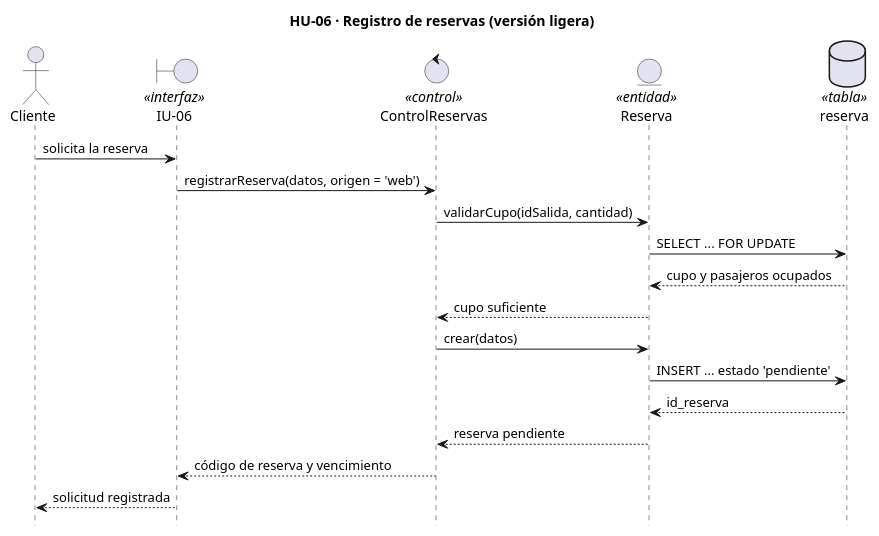
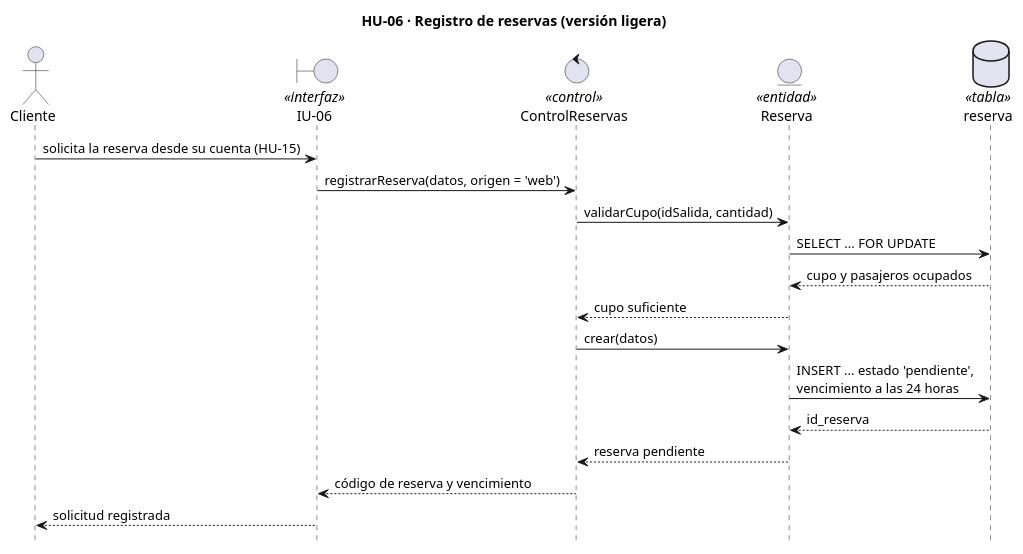
Before and after one commit to fervflow/sis-inf3-proyecto-formativo: the diagram in sistema/diagramas/uml/secuencia-light/hu-06-registrar-reserva.puml, drawn with PlantUML. The commit also changed 61 other files, not shown here.

```diff
--- a/sistema/diagramas/uml/secuencia-light/hu-06-registrar-reserva.puml
+++ b/sistema/diagramas/uml/secuencia-light/hu-06-registrar-reserva.puml
@@ -1,23 +1,23 @@
 @startuml
 title HU-06 · Registro de reservas (versión ligera)
 hide footbox
 
 actor "Cliente" as TUR
 boundary "IU-06" as UI <<interfaz>>
 control "ControlReservas" as CTRL <<control>>
 entity "Reserva" as E_RESERVA <<entidad>>
 database "reserva" as T_RESERVA <<tabla>>
 
-TUR -> UI : solicita la reserva
+TUR -> UI : solicita la reserva desde su cuenta (HU-15)
 UI -> CTRL : registrarReserva(datos, origen = 'web')
 CTRL -> E_RESERVA : validarCupo(idSalida, cantidad)
 E_RESERVA -> T_RESERVA : SELECT ... FOR UPDATE
 T_RESERVA --> E_RESERVA : cupo y pasajeros ocupados
 E_RESERVA --> CTRL : cupo suficiente
 CTRL -> E_RESERVA : crear(datos)
-E_RESERVA -> T_RESERVA : INSERT ... estado 'pendiente'
+E_RESERVA -> T_RESERVA : INSERT ... estado 'pendiente',\nvencimiento a las 24 horas
 T_RESERVA --> E_RESERVA : id_reserva
 E_RESERVA --> CTRL : reserva pendiente
 CTRL --> UI : código de reserva y vencimiento
 UI --> TUR : solicitud registrada
 @enduml
```
